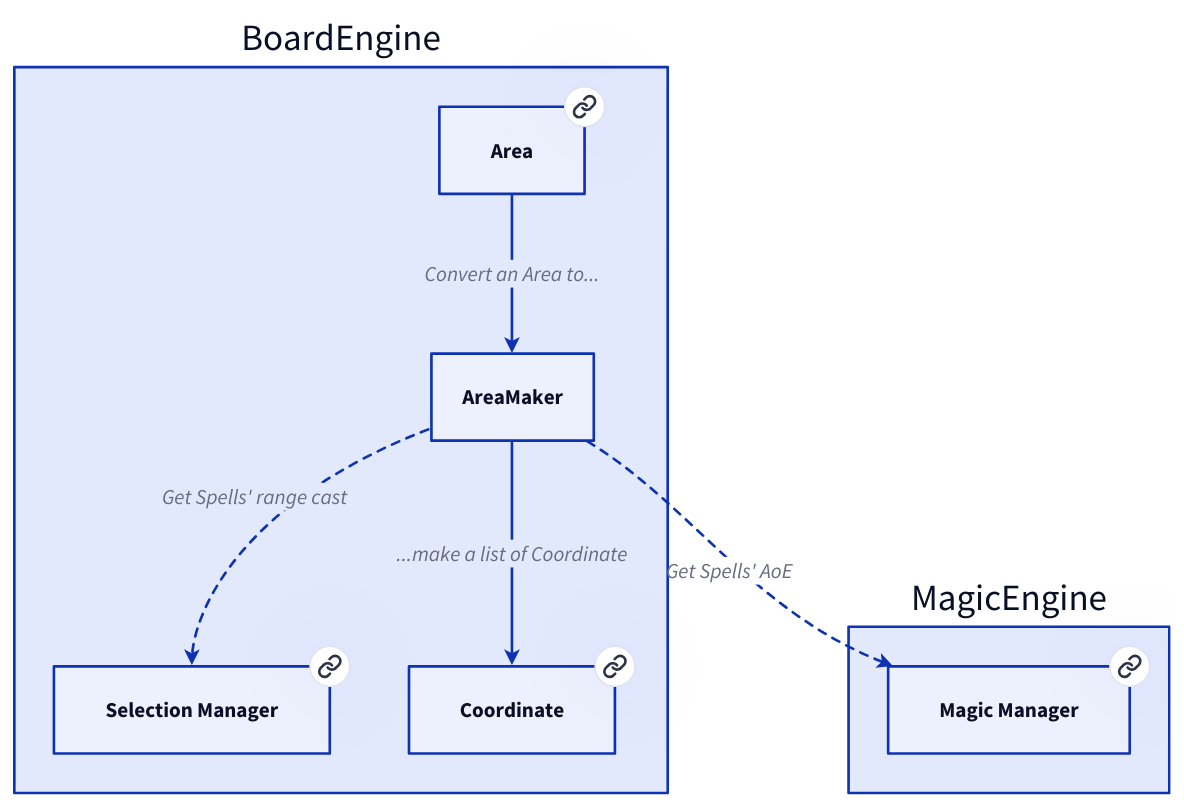
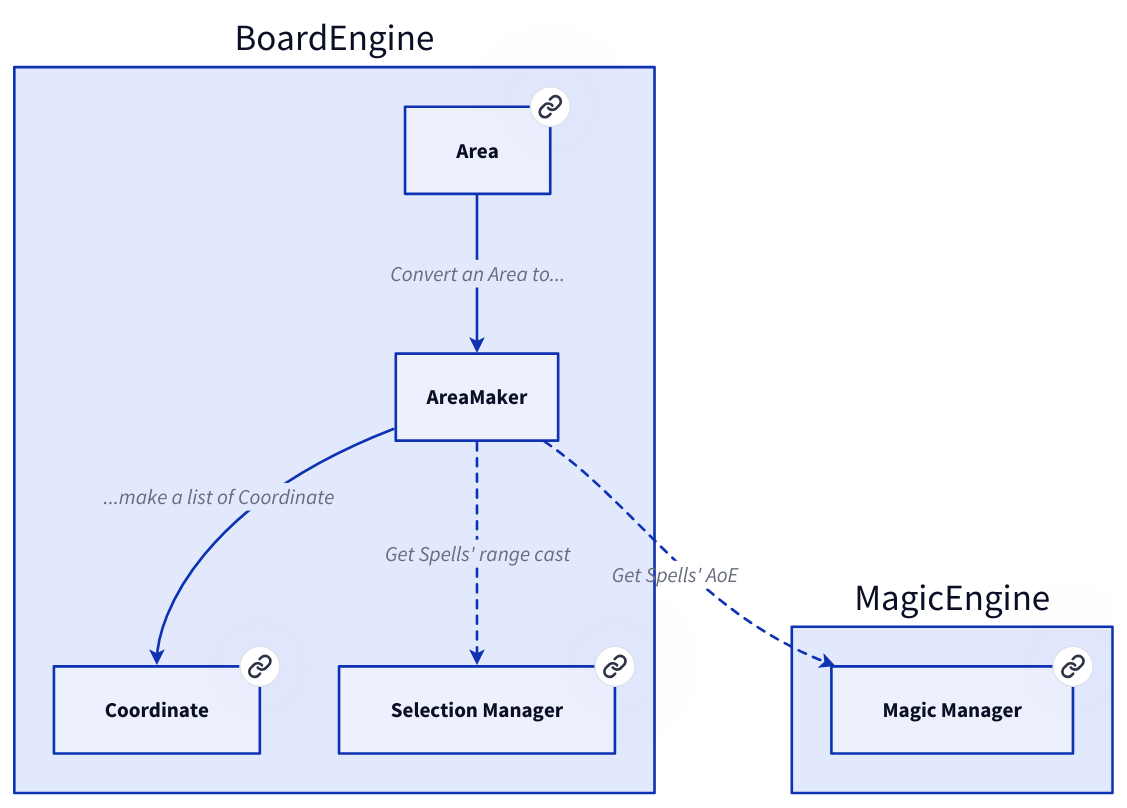
One commit to Portevent/Brume-Documentation changed the diagram in doc/BoardEngine/AreaMaker.md. Above: the diagram before and after it, drawn with D2. The commit also changed other lines of this file and 128 other files, not shown here.

````diff
--- a/doc/BoardEngine/AreaMaker.md
+++ b/doc/BoardEngine/AreaMaker.md
@@ -10,38 +10,38 @@
 ```d2
 # Nodes :
 BoardEngine: {
-    SelectionManager: Selection Manager {
-       link: SelectionManager
-    }
     Coordinate: Coordinate {
        link: Coordinate
     }
     Area: Area {
        link: Area
+    }
+    SelectionManager: Selection Manager {
+       link: SelectionManager
     }
 }
 MagicEngine: {
     MagicManager: Magic Manager {
        link: MagicManager
     }
 }
 
 # Links :
 BoardEngine.AreaMaker -> BoardEngine.Coordinate: ...make a list of Coordinate {
 source-arrowhead: {}
 target-arrowhead: {shape: arrow}
 }
 BoardEngine.Area -> BoardEngine.AreaMaker: Convert an Area to... {
 source-arrowhead: {}
 target-arrowhead: {shape: arrow}
 }
 BoardEngine.AreaMaker -> MagicEngine.MagicManager: Get Spells' AoE {style.stroke-dash: 3
 source-arrowhead: {}
 target-arrowhead: {shape: arrow}
 }
 BoardEngine.AreaMaker -> BoardEngine.SelectionManager: Get Spells' range cast {style.stroke-dash: 3
 source-arrowhead: {}
 target-arrowhead: {shape: arrow}
 }
 
 ```
````
